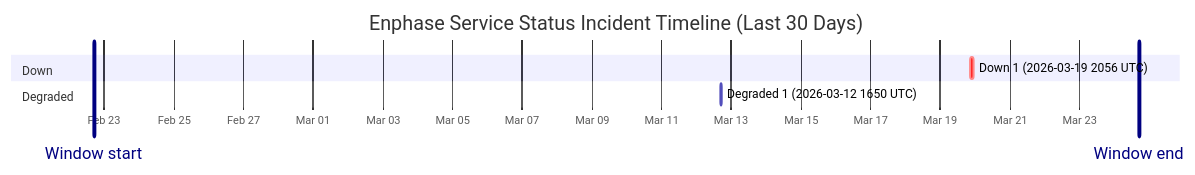
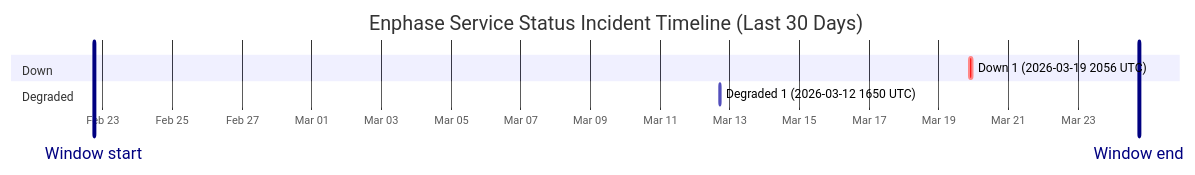
The diagram in wiki/Service-Status-History.md (barneyonline/ha-enphase-ev-charger), drawn with Mermaid before and after one commit. The commit also changed other lines of this file and 3 other files, not shown here.

````diff
--- a/wiki/Service-Status-History.md
+++ b/wiki/Service-Status-History.md
@@ -14,12 +14,12 @@
 ```mermaid
 gantt
     title Enphase Service Status Incident Timeline (Last 30 Days)
     dateFormat  YYYY-MM-DDTHH:mm:ss
     axisFormat  %b %d
-    Window start :vert, window-start, 2026-02-22T16:57:45, 0ms
-    Window end :vert, window-end, 2026-03-24T16:57:45, 0ms
+    Window start :vert, window-start, 2026-02-22T17:54:19, 0ms
+    Window end :vert, window-end, 2026-03-24T17:54:19, 0ms
     section Down
     Down 1 (2026-03-19 2056 UTC) :crit, down-1, 2026-03-19T20:56:20, 145m
     section Degraded
     Degraded 1 (2026-03-12 1650 UTC) :active, degraded-1, 2026-03-12T16:50:43, 60m
 ```
````
